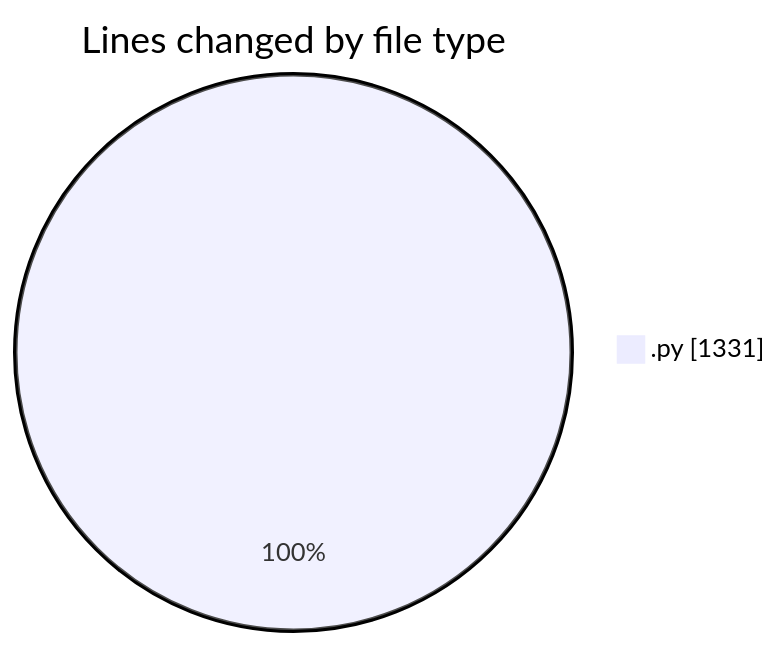
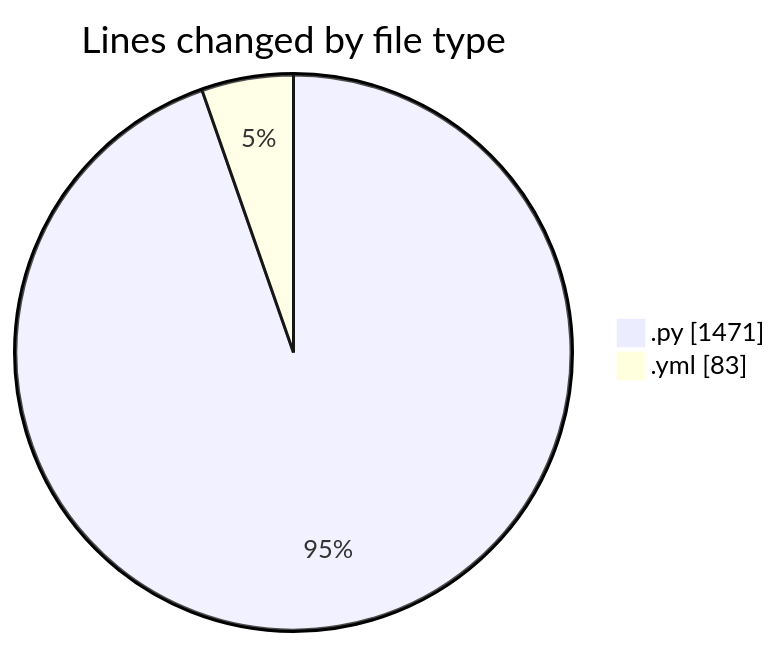
One commit to julien-gomy/code-tracking changed the first of 2 diagrams in 2025-10-10/eventscop-api-guide__workspace_/README.md. Above: the diagram before and after it, drawn with Mermaid. The commit also changed other lines of this file and 1 other file, not shown here.

````diff
--- a/2025-10-10/eventscop-api-guide__workspace_/README.md
+++ b/2025-10-10/eventscop-api-guide__workspace_/README.md
@@ -23,5 +24,6 @@
 ```mermaid
 pie showData
 title Lines changed by file type
-".py" : 1331
+".py" : 1471
+".yml" : 83
 ```
````
